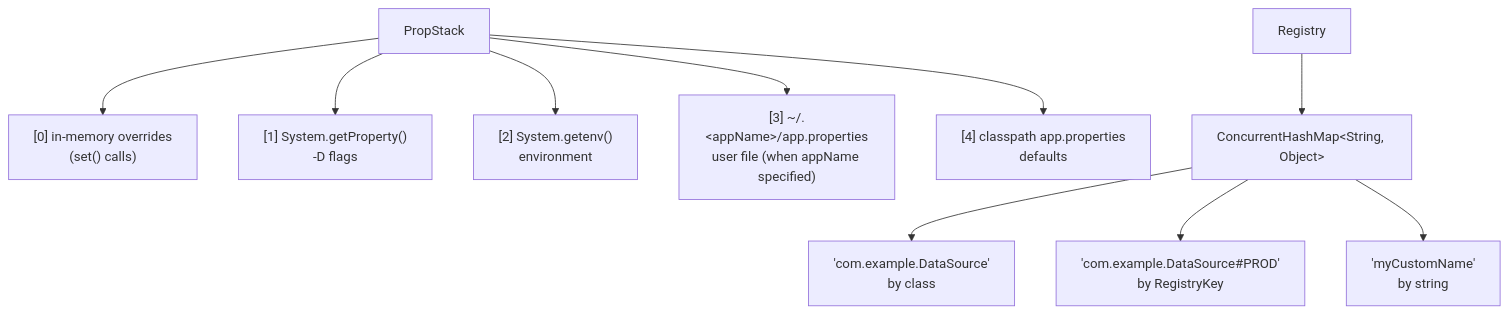
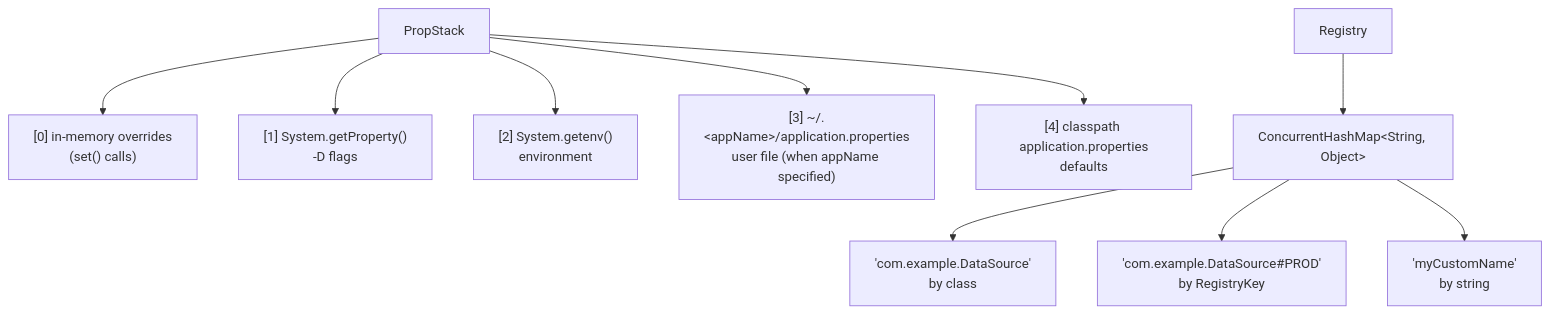
Before and after one commit to opaopa6969/propstack: the diagram in README.md, drawn with Mermaid. The commit also changed 9 other files, not shown here.

````diff
--- a/README.md
+++ b/README.md
@@ -471,16 +471,16 @@
 ```mermaid
 flowchart TD
     PS[PropStack]
     PS --> P0["[0] in-memory overrides<br/>(set() calls)"]
     PS --> P1["[1] System.getProperty()<br/>-D flags"]
     PS --> P2["[2] System.getenv()<br/>environment"]
-    PS --> P3["[3] ~/.&lt;appName&gt;/app.properties<br/>user file (when appName specified)"]
-    PS --> P4["[4] classpath app.properties<br/>defaults"]
+    PS --> P3["[3] ~/.&lt;appName&gt;/application.properties<br/>user file (when appName specified)"]
+    PS --> P4["[4] classpath application.properties<br/>defaults"]
 
     Reg[Registry]
     Map["ConcurrentHashMap&lt;String, Object&gt;"]
     Reg --> Map
     Map --> K1["'com.example.DataSource'<br/>by class"]
     Map --> K2["'com.example.DataSource#PROD'<br/>by RegistryKey"]
     Map --> K3["'myCustomName'<br/>by string"]
 ```
````
